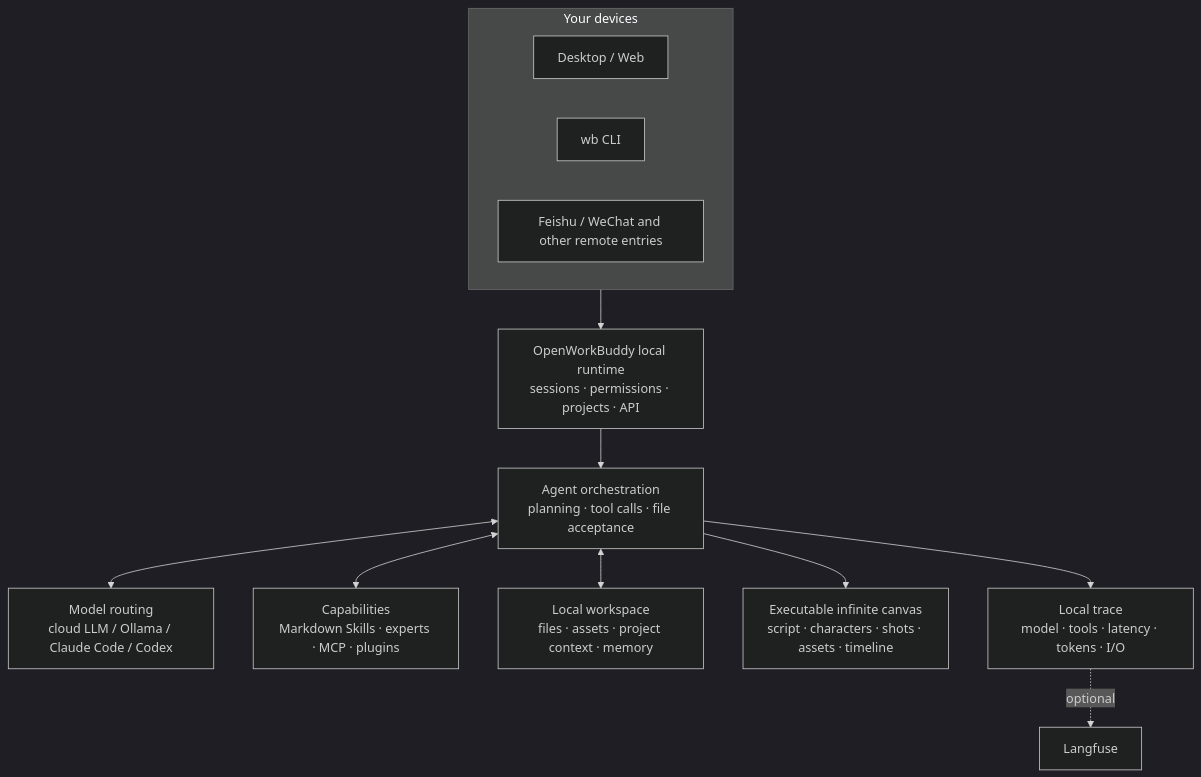
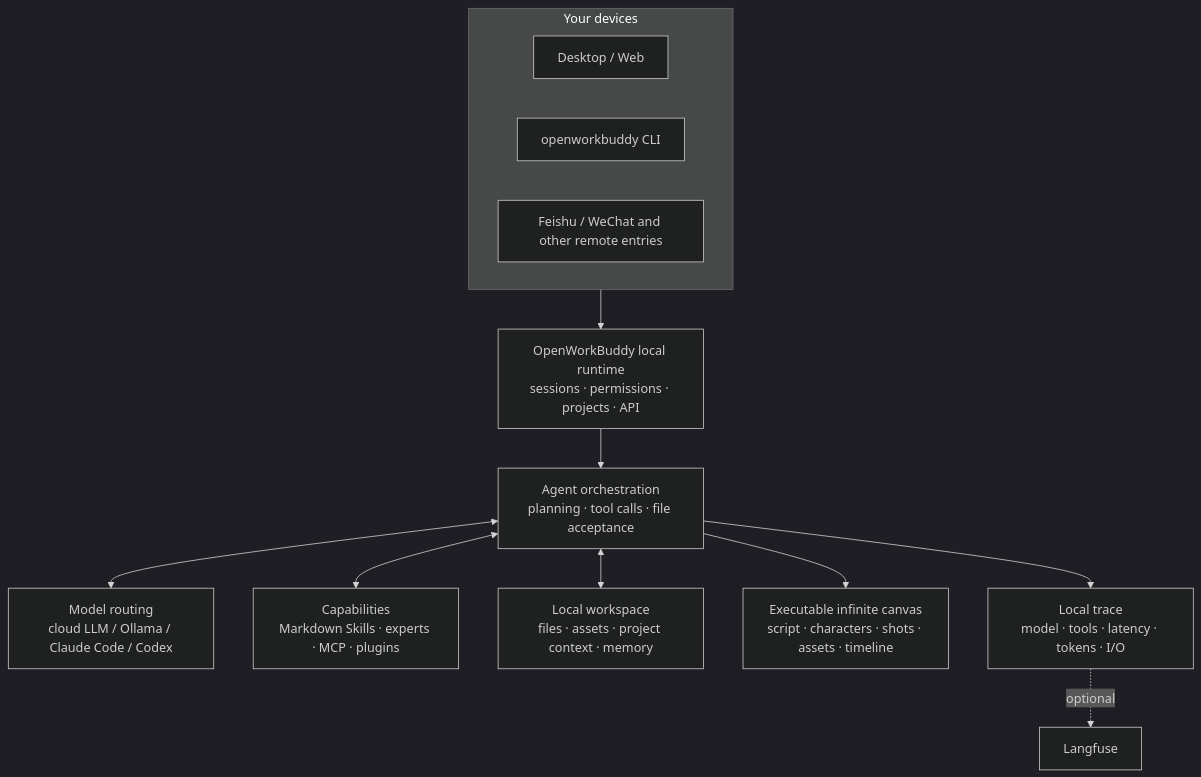
Before and after one commit to CatCatUncle/openworkbuddy: the diagram in README.en.md, drawn with Mermaid (dark theme). The commit also changed other lines of this file and 142 other files, not shown here.

````diff
--- a/README.en.md
+++ b/README.en.md
@@ -225,17 +277,17 @@
 ```mermaid
 flowchart TB
   subgraph Entry["Your devices"]
     Desktop["Desktop / Web"]
-    CLI["wb CLI"]
+    CLI["openworkbuddy CLI"]
     IM["Feishu / WeChat and other remote entries"]
   end
 
   Entry --> Runtime["OpenWorkBuddy local runtime\nsessions · permissions · projects · API"]
   Runtime --> Agent["Agent orchestration\nplanning · tool calls · file acceptance"]
   Agent <--> Models["Model routing\ncloud LLM / Ollama / Claude Code / Codex"]
   Agent <--> Capabilities["Capabilities\nMarkdown Skills · experts · MCP · plugins"]
   Agent <--> Workspace["Local workspace\nfiles · assets · project context · memory"]
   Agent --> Canvas["Executable infinite canvas\nscript · characters · shots · assets · timeline"]
   Agent --> Trace["Local trace\nmodel · tools · latency · tokens · I/O"]
   Trace -. optional .-> Langfuse["Langfuse"]
 ```
````
